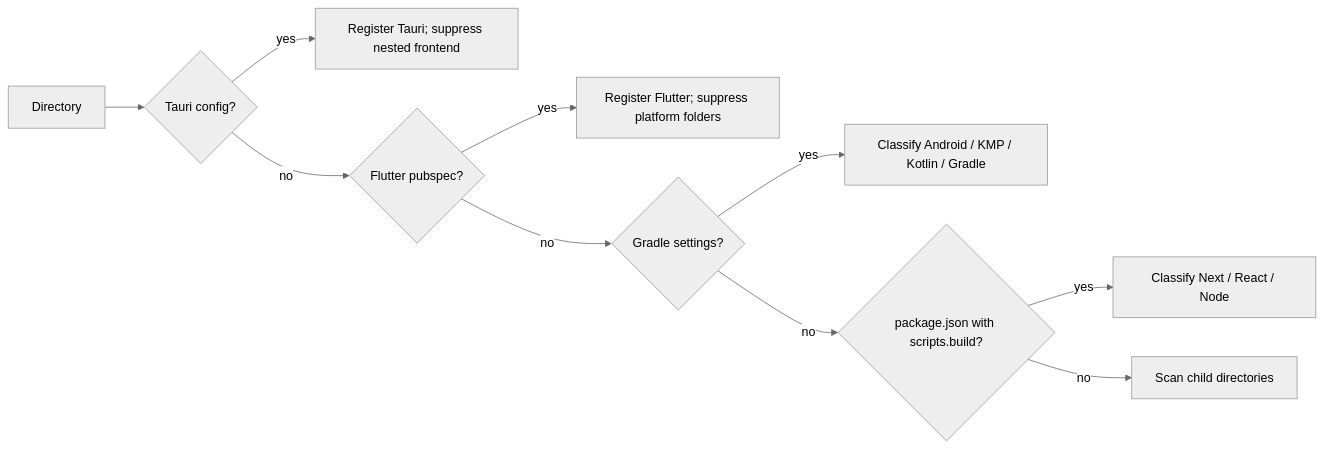
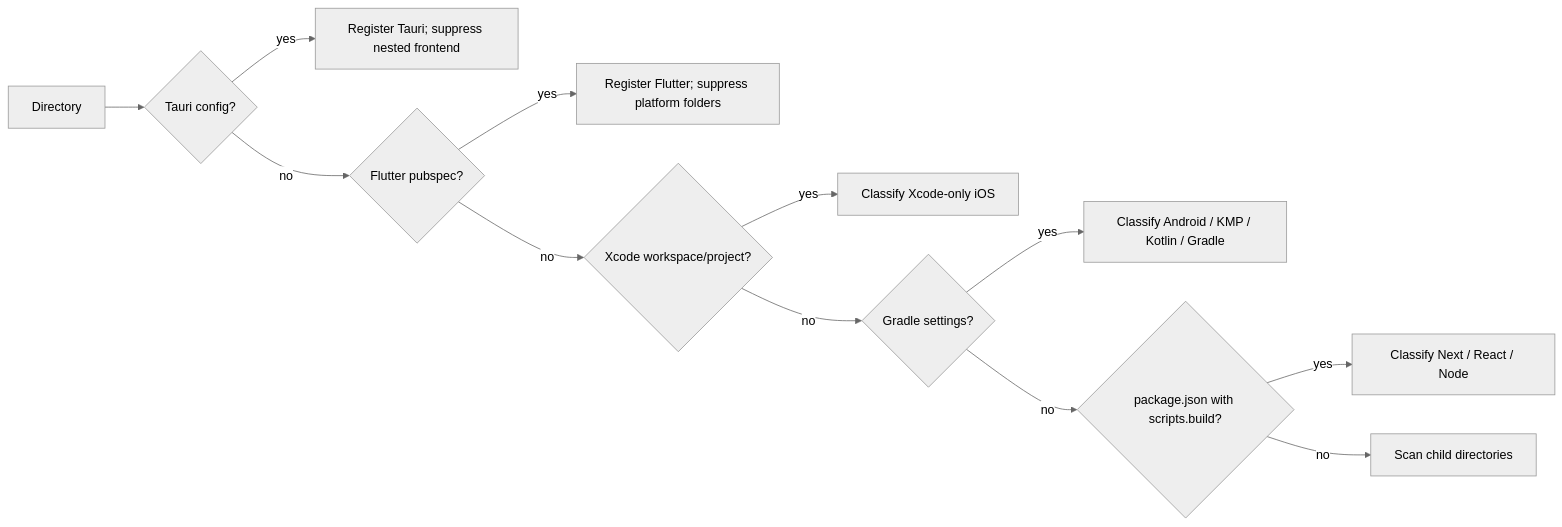
The second of 9 diagrams in README.en.md (kimdzhekhon/Universal-Build-Script), drawn with Mermaid (neutral theme) before and after one commit. The commit also changed other lines of this file and 20 other files, not shown here.

Commit message:
feat: complete build orchestration roadmap

````diff
--- a/README.en.md
+++ b/README.en.md
@@ -88,12 +91,14 @@
 ```mermaid
 flowchart LR
     R["Directory"] --> T{"Tauri config?"}
     T -->|"yes"| TA["Register Tauri; suppress nested frontend"]
     T -->|"no"| F{"Flutter pubspec?"}
     F -->|"yes"| FL["Register Flutter; suppress platform folders"]
-    F -->|"no"| G{"Gradle settings?"}
+    F -->|"no"| X{"Xcode workspace/project?"}
+    X -->|"yes"| XI["Classify Xcode-only iOS"]
+    X -->|"no"| G{"Gradle settings?"}
     G -->|"yes"| GR["Classify Android / KMP / Kotlin / Gradle"]
     G -->|"no"| N{"package.json with scripts.build?"}
     N -->|"yes"| NO["Classify Next / React / Node"]
     N -->|"no"| S["Scan child directories"]
 ```
````
